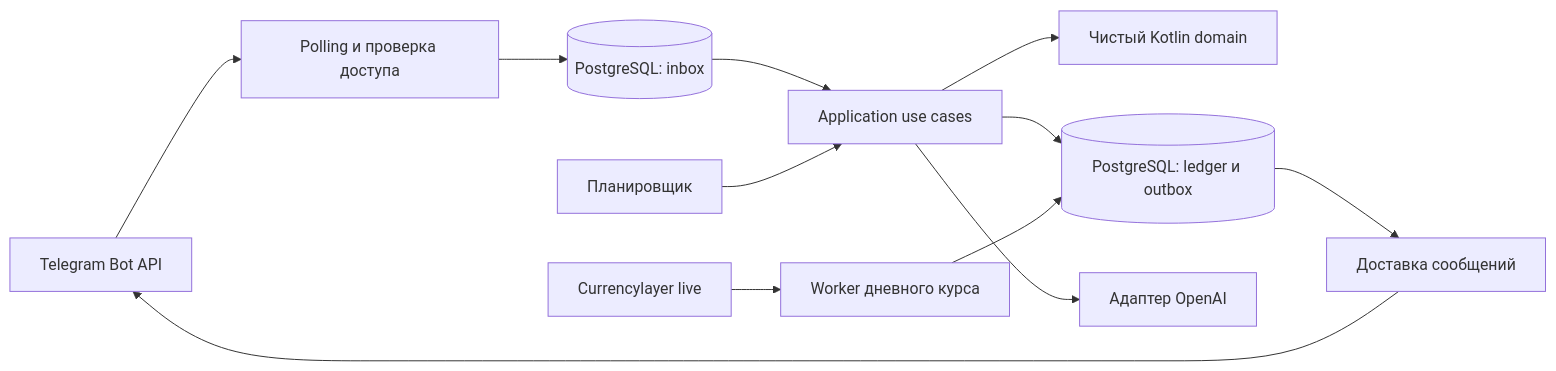
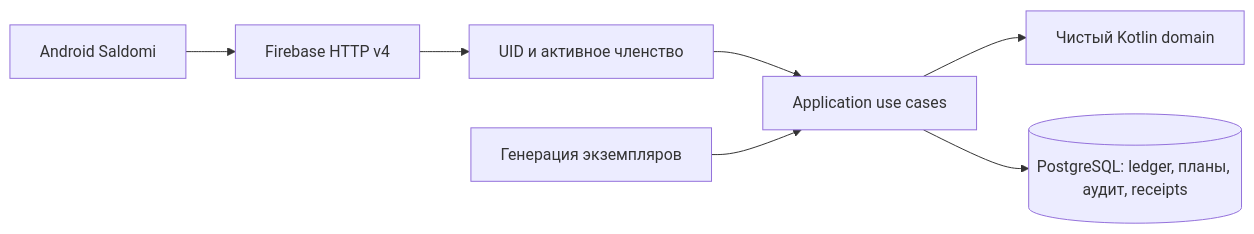
The diagram in ARCHITECTURE.md (firkatdavletov/FinanceConsultante), drawn with Mermaid before and after one commit. The commit also changed other lines of this file and 129 other files, not shown here.

````diff
--- a/ARCHITECTURE.md
+++ b/ARCHITECTURE.md
@@ -79,14 +88,9 @@
 ```mermaid
 flowchart LR
-    TG[Telegram Bot API] --> IN[Polling и проверка доступа]
-    IN --> DB[(PostgreSQL: inbox)]
-    DB --> UC[Application use cases]
+    A[Android Saldomi] --> API[Firebase HTTP v4]
+    API --> AUTH[UID и активное членство]
+    AUTH --> UC[Application use cases]
     UC --> D[Чистый Kotlin domain]
-    UC --> PG[(PostgreSQL: ledger и outbox)]
-    UC --> AI[Адаптер OpenAI]
-    S[Планировщик] --> UC
-    FX[Currencylayer live] --> XW[Worker дневного курса]
-    XW --> PG
-    PG --> OUT[Доставка сообщений]
-    OUT --> TG
+    UC --> PG[(PostgreSQL: ledger, планы, аудит, receipts)]
+    G[Генерация экземпляров] --> UC
 ```
````
